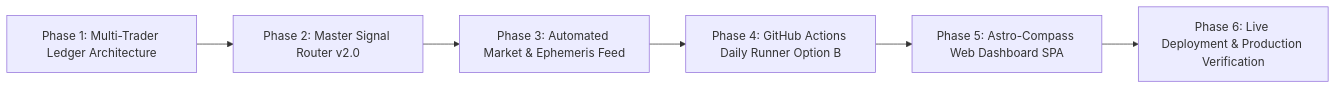
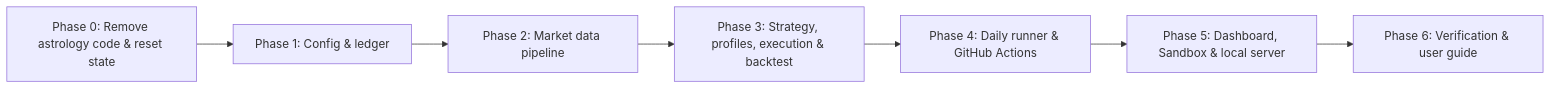
Before and after one commit to SunenaB3504/Trading: the diagram in docs/astro-trader-app/MASTER_IMPLEMENTATION_PLAN.md, drawn with Mermaid. The commit also changed other lines of this file and 24 other files, not shown here.

First line of the commit message:
refactor: strip astrology from the paper-trading app (Phase 0, SSD/MIP v3.0)

````diff
--- a/docs/astro-trader-app/MASTER_IMPLEMENTATION_PLAN.md
+++ b/docs/astro-trader-app/MASTER_IMPLEMENTATION_PLAN.md
@@ -18,8 +15,9 @@
 ```mermaid
 graph LR
-    P1[Phase 1: Multi-Trader Ledger Architecture] --> P2[Phase 2: Master Signal Router v2.0]
-    P2 --> P3[Phase 3: Automated Market & Ephemeris Feed]
-    P3 --> P4[Phase 4: GitHub Actions Daily Runner Option B]
-    P4 --> P5[Phase 5: Astro-Compass Web Dashboard SPA]
-    P5 --> P6[Phase 6: Live Deployment & Production Verification]
+    P0[Phase 0: Remove astrology code & reset state] --> P1[Phase 1: Config & ledger]
+    P1 --> P2[Phase 2: Market data pipeline]
+    P2 --> P3[Phase 3: Strategy, profiles, execution & backtest]
+    P3 --> P4[Phase 4: Daily runner & GitHub Actions]
+    P4 --> P5[Phase 5: Dashboard, Sandbox & local server]
+    P5 --> P6[Phase 6: Verification & user guide]
 ```
````
